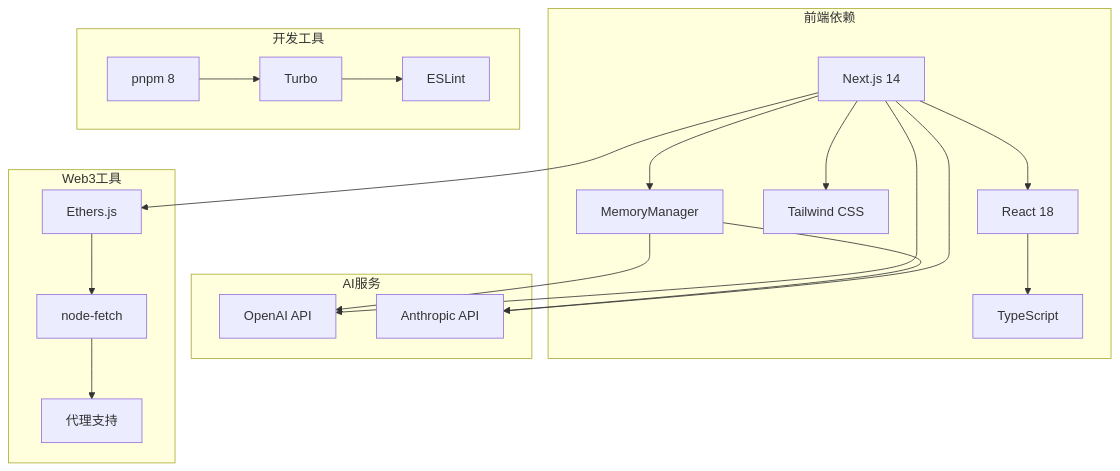
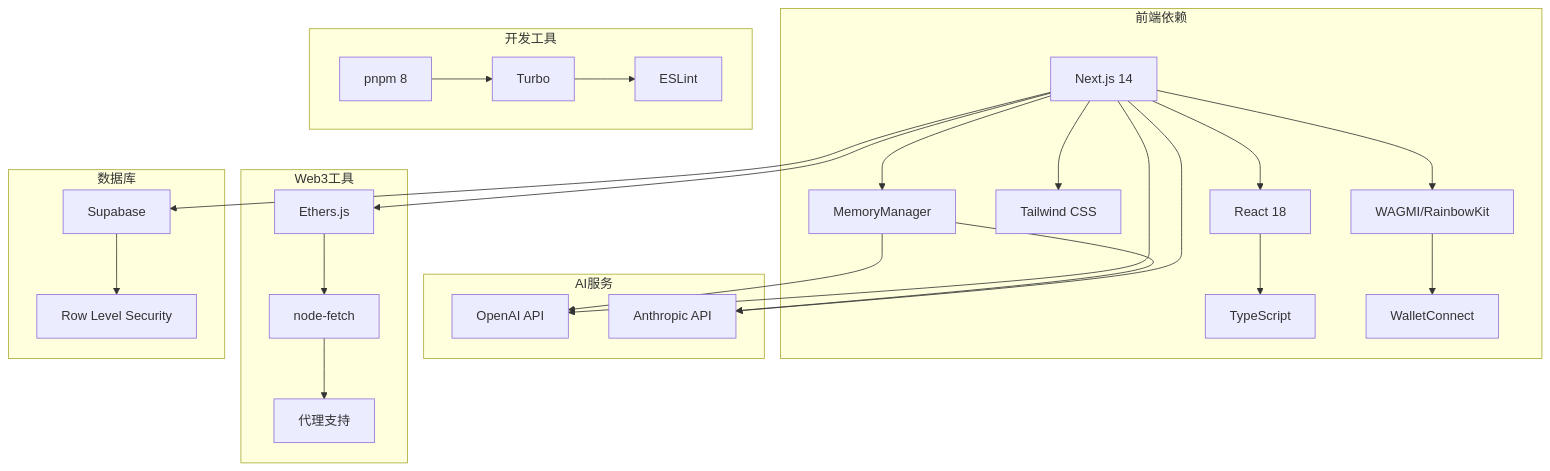
One commit to CryptoLinxu/Web3-AI-Agent changed diagram 13 of 27 in .qoder/repowiki/zh/content/核心技能详解/SSE流式聊天系统.md. Above: the diagram before and after it, drawn with Mermaid. The commit also changed other lines of this file and 11 other files, not shown here.

````diff
--- a/.qoder/repowiki/zh/content/核心技能详解/SSE流式聊天系统.md
+++ b/.qoder/repowiki/zh/content/核心技能详解/SSE流式聊天系统.md
@@ -510,37 +643,47 @@
 ```mermaid
 graph TB
 subgraph "前端依赖"
 NEXT[Next.js 14]
 REACT[React 18]
 TS[TypeScript]
 TAILWIND[Tailwind CSS]
 MEMORY[MemoryManager]
+WALLET[WAGMI/RainbowKit]
+ENDPOINT[WalletConnect]
 end
 subgraph "AI服务"
 OPENAI[OpenAI API]
 ANTHROPIC[Anthropic API]
 end
 subgraph "Web3工具"
 ETHERS[Ethers.js]
 FETCH[node-fetch]
 PROXY[代理支持]
 end
+subgraph "数据库"
+SUPABASE[Supabase]
+RLS[Row Level Security]
+end
 subgraph "开发工具"
 PNPM[pnpm 8]
 TURBO[Turbo]
 ESLINT[ESLint]
 end
 NEXT --> REACT
 REACT --> TS
 NEXT --> TAILWIND
 NEXT --> MEMORY
+NEXT --> WALLET
+NEXT --> SUPABASE
 MEMORY --> OPENAI
 MEMORY --> ANTHROPIC
+WALLET --> ENDPOINT
+SUPABASE --> RLS
 NEXT --> OPENAI
 NEXT --> ANTHROPIC
 NEXT --> ETHERS
 ETHERS --> FETCH
 FETCH --> PROXY
 PNPM --> TURBO
 TURBO --> ESLINT
 ```
````
